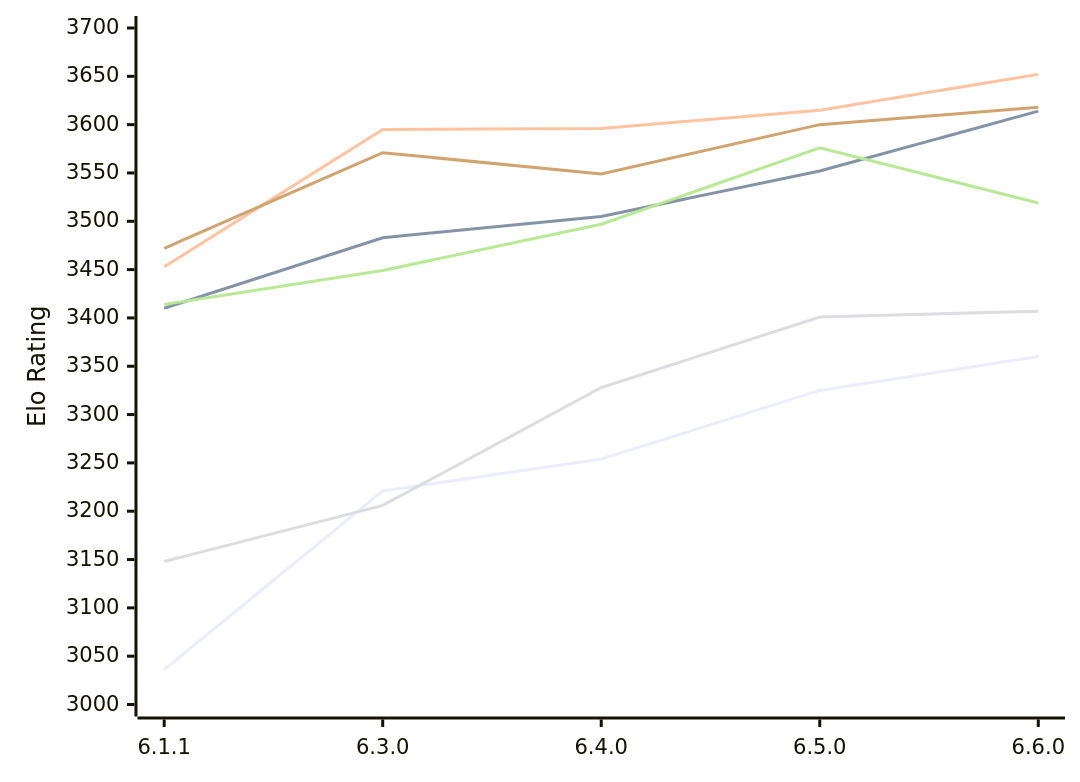
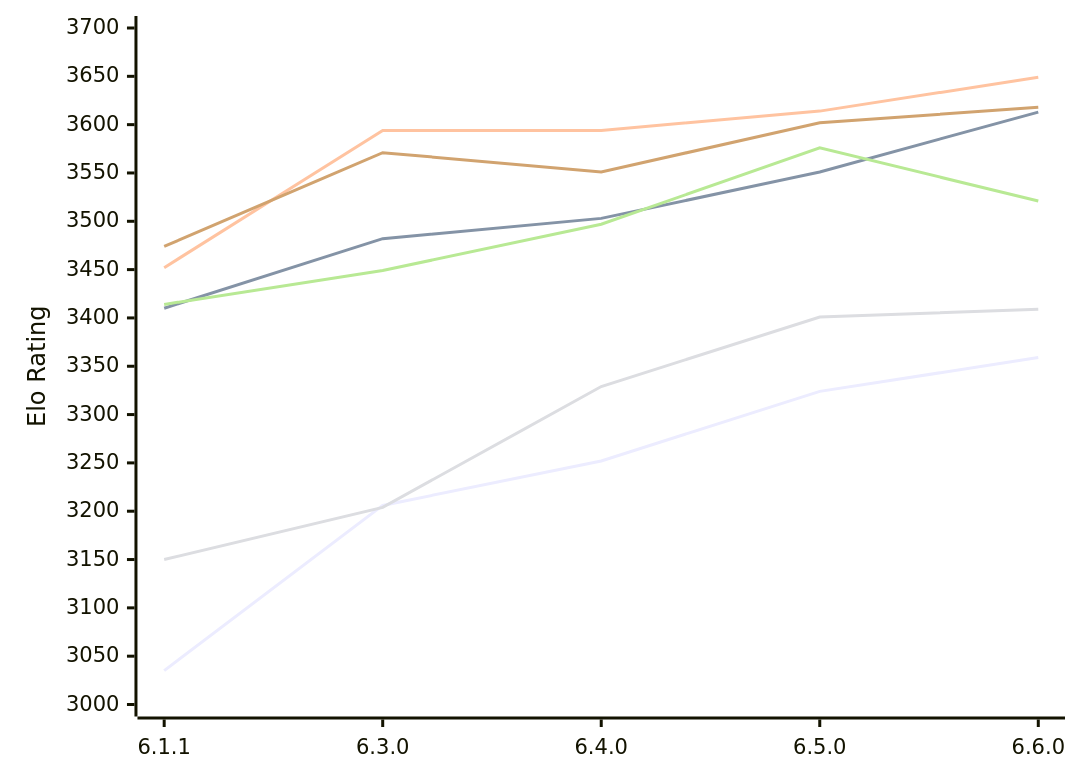
Before and after one commit to computer-chess-index/cci: the first of 2 diagrams in engines/Zigqueen.md, drawn with Mermaid. The commit also changed other lines of this file, not shown here.

Commit message:
Update CCI Ratings (ELO VLTC) - 2026-11-28

````diff
--- a/engines/Zigqueen.md
+++ b/engines/Zigqueen.md
@@ -59,12 +59,12 @@
 ```mermaid
 %%{init: {"theme":"base","themeVariables":{"seriesColors:['#a3a3a3','#222221','#faa371']}}}%%
 xychart-beta
   x-axis ["6.1.1", "6.3.0", "6.4.0", "6.5.0", "6.6.0"]
   y-axis "Elo Rating" 3000 --> 3700
-  line "E1: STC (8.0+0.08s)" [3036, 3221, 3254, 3325, 3360]
-  line "E1: LTC (60.0+0.60s)" [3410, 3483, 3505, 3552, 3614]
-  line "E1: VLTC (2m24s+1.12s)" [3453, 3595, 3596, 3615, 3652]
-  line "P1: STC (8.0+0.08s)" [3148, 3206, 3328, 3401, 3407]
-  line "P1: LTC (60.0+0.60s)" [3414, 3449, 3497, 3576, 3519]
-  line "P1: VLTC (2m24s+1.12s)" [3472, 3571, 3549, 3600, 3618]
+  line "E1: STC (8.0+0.08s)" [3035, 3206, 3252, 3324, 3359]
+  line "E1: LTC (60.0+0.60s)" [3410, 3482, 3503, 3551, 3613]
+  line "E1: VLTC (2m24s+1.12s)" [3452, 3594, 3594, 3614, 3649]
+  line "P1: STC (8.0+0.08s)" [3150, 3204, 3329, 3401, 3409]
+  line "P1: LTC (60.0+0.60s)" [3414, 3449, 3497, 3576, 3521]
+  line "P1: VLTC (2m24s+1.12s)" [3474, 3571, 3551, 3602, 3618]
 ```
````
